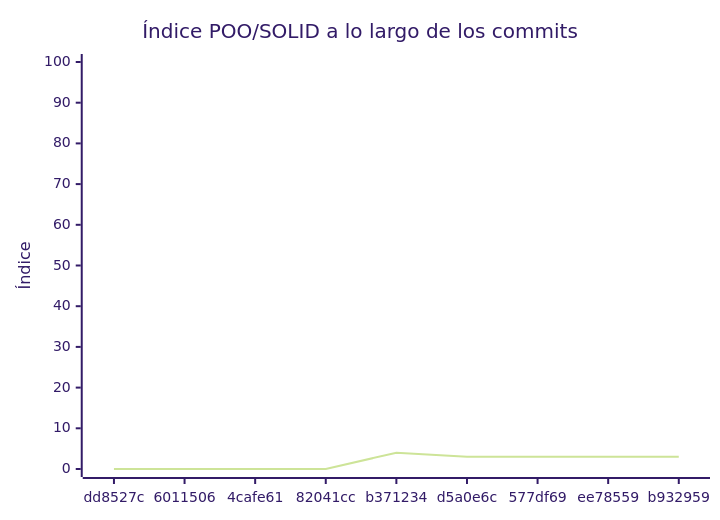
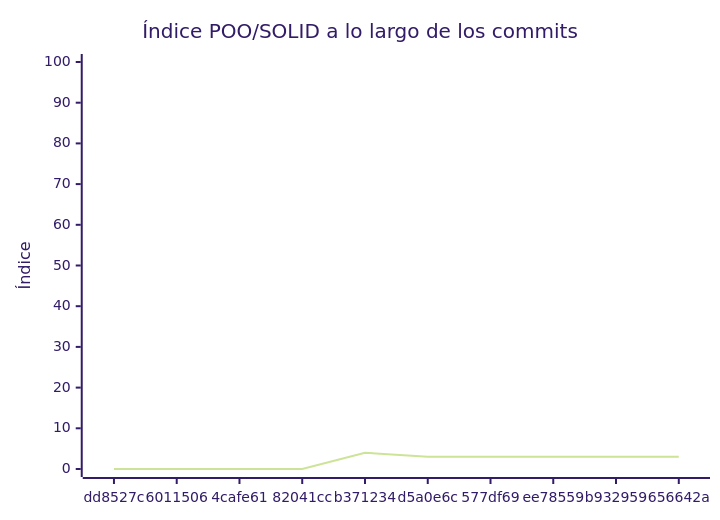
Before and after one commit to organizacion-sonica/proyecto-fisica: the diagram in docs/EVALUACION.md, drawn with Mermaid (forest theme). The commit also changed other lines of this file and 1 other file, not shown here.

````diff
--- a/docs/EVALUACION.md
+++ b/docs/EVALUACION.md
@@ -301,7 +295,7 @@
 ```mermaid
 xychart-beta
     title "Índice POO/SOLID a lo largo de los commits"
-    x-axis ["dd8527c", "6011506", "4cafe61", "82041cc", "b371234", "d5a0e6c", "577df69", "ee78559", "b932959"]
+    x-axis ["dd8527c", "6011506", "4cafe61", "82041cc", "b371234", "d5a0e6c", "577df69", "ee78559", "b932959", "656642a"]
     y-axis "Índice" 0 --> 100
-    line [0, 0, 0, 0, 4, 3, 3, 3, 3]
+    line [0, 0, 0, 0, 4, 3, 3, 3, 3, 3]
 ```
````
